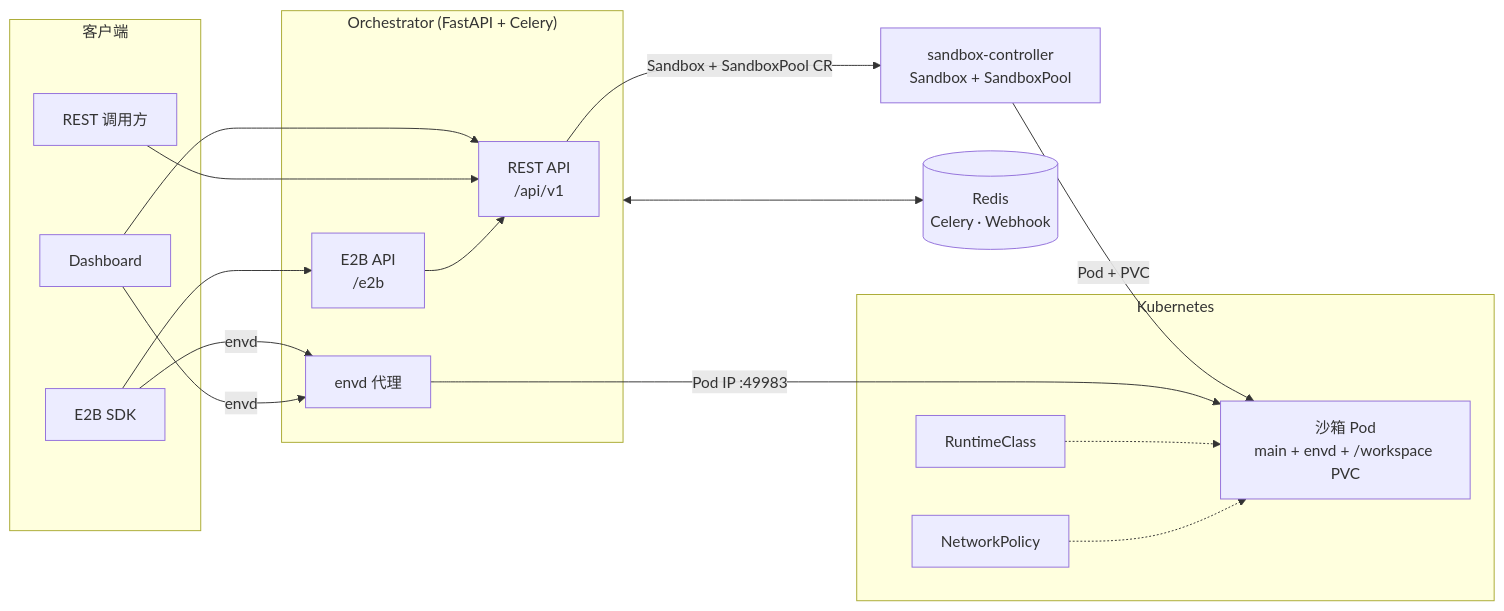
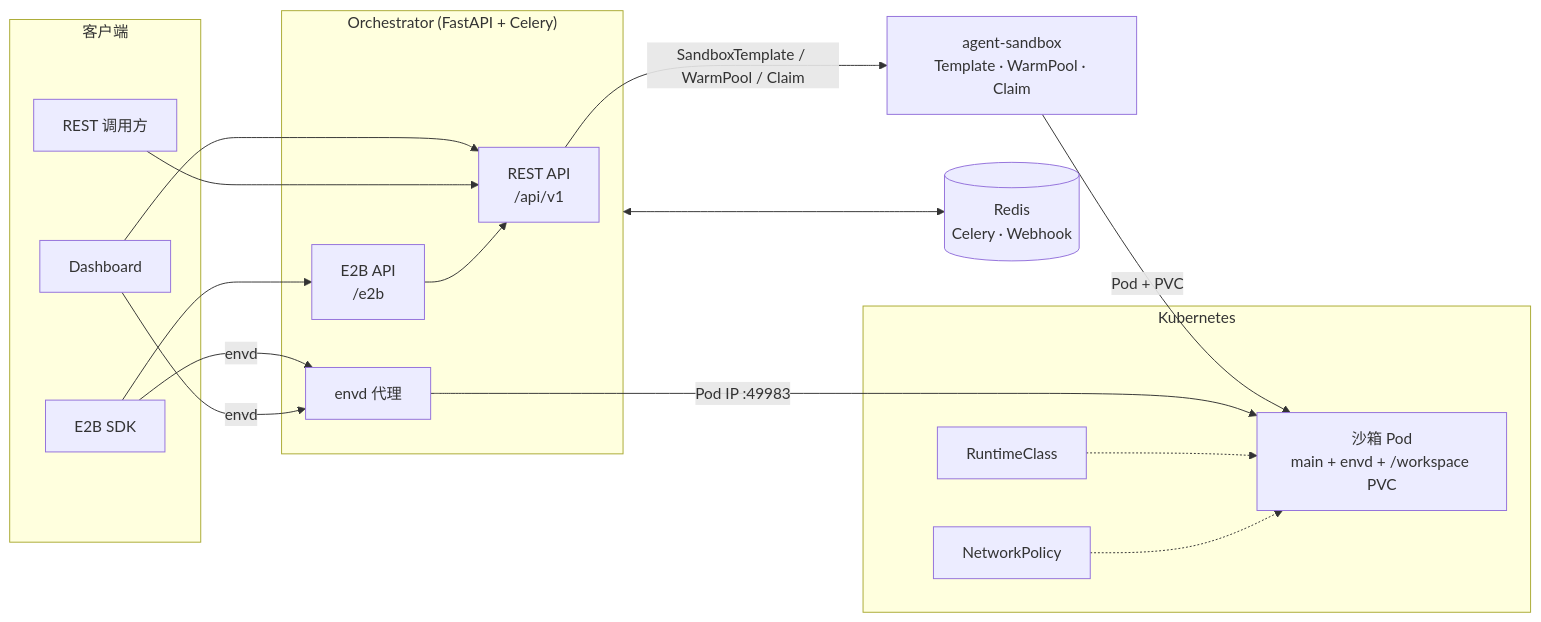
One commit to iwrs712/litterbox changed the diagram in README.zh.md. Above: the diagram before and after it, drawn with Mermaid. The commit also changed other lines of this file and 24 other files, not shown here.

````diff
--- a/README.zh.md
+++ b/README.zh.md
@@ -55,37 +55,37 @@
 ```mermaid
 flowchart LR
     subgraph Clients["客户端"]
         Dashboard["Dashboard"]
         RestClient["REST 调用方"]
         Sdk["E2B SDK"]
     end
 
     subgraph Orchestrator["Orchestrator  (FastAPI + Celery)"]
         Rest["REST API\n/api/v1"]
         E2B["E2B API\n/e2b"]
         Proxy["envd 代理"]
     end
 
     Redis[("Redis\nCelery · Webhook")]
 
-    Controller["sandbox-controller\nSandbox + SandboxPool"]
+    Controller["agent-sandbox\nTemplate · WarmPool · Claim"]
 
     subgraph Cluster["Kubernetes"]
         Sandbox["沙箱 Pod\nmain + envd + /workspace PVC"]
         Runtime["RuntimeClass"]
         NetPol["NetworkPolicy"]
     end
 
     Dashboard --> Rest
     RestClient --> Rest
     Sdk --> E2B
     Sdk -->|"envd"| Proxy
     Dashboard -->|"envd"| Proxy
-    Rest -->|"Sandbox + SandboxPool CR"| Controller
+    Rest -->|"SandboxTemplate / WarmPool / Claim"| Controller
     Controller -->|"Pod + PVC"| Sandbox
     E2B --> Rest
     Orchestrator <--> Redis
     Proxy -->|"Pod IP :49983"| Sandbox
     Runtime -.-> Sandbox
     NetPol -.-> Sandbox
 ```
````
